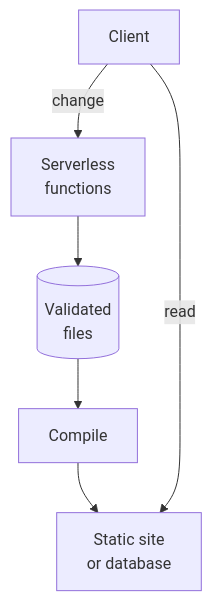
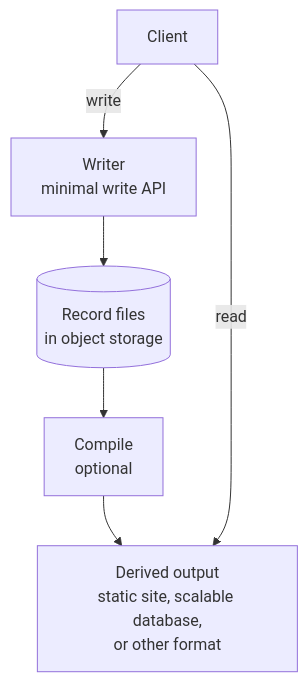
One commit to bristweb/yafidb changed the diagram in README.md. Above: the diagram before and after it, drawn with Mermaid. The commit also changed other lines of this file and 17 other files, not shown here.

````diff
--- a/README.md
+++ b/README.md
@@ -9,9 +49,9 @@
 ```mermaid
 flowchart TB
     C[Client]
-    C -->|change| W[Serverless<br/>functions]
-    W --> F[(Validated<br/>files)]
-    F --> K[Compile]
-    K --> S[Static site<br/>or database]
+    C -->|write| W[Writer<br/>minimal write API]
+    W --> F[(Record files<br/>in object storage)]
+    F --> K[Compile<br/>optional]
+    K --> S[Derived output<br/>static site, scalable database,<br/>or other format]
     C -->|read| S
 ```
````
